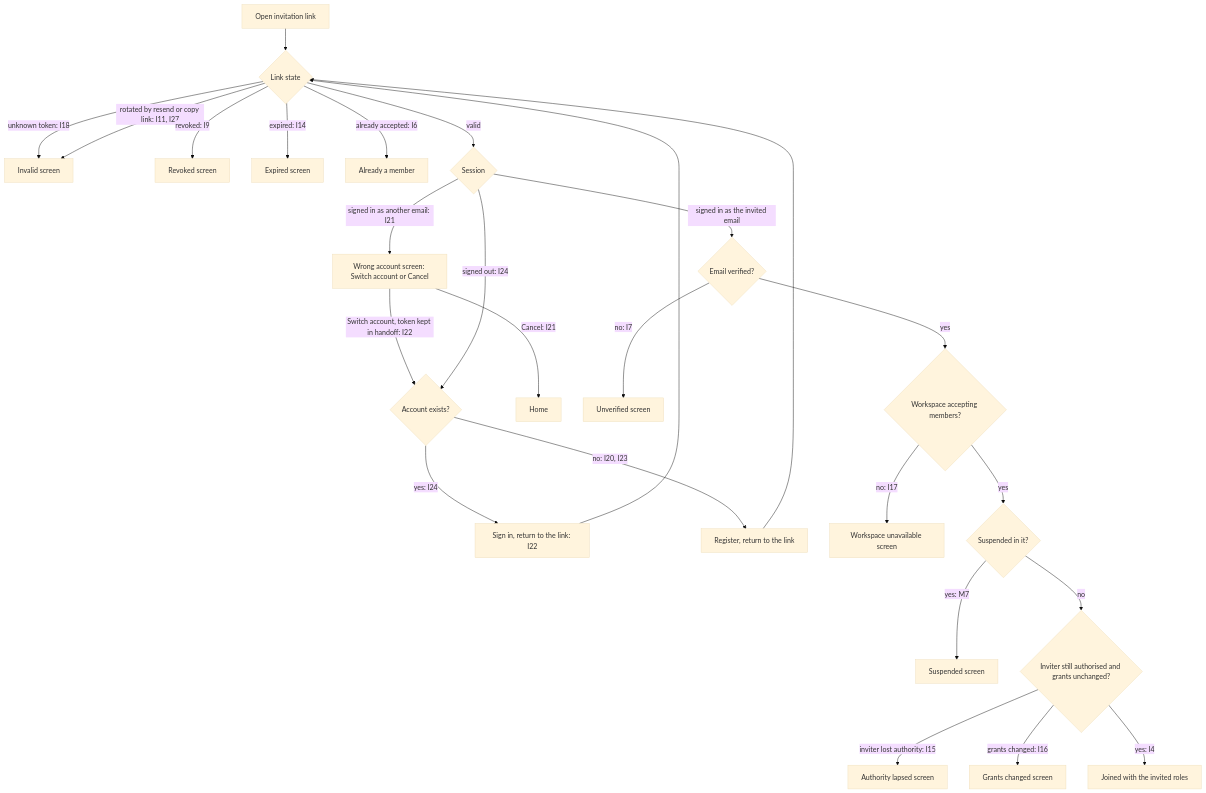
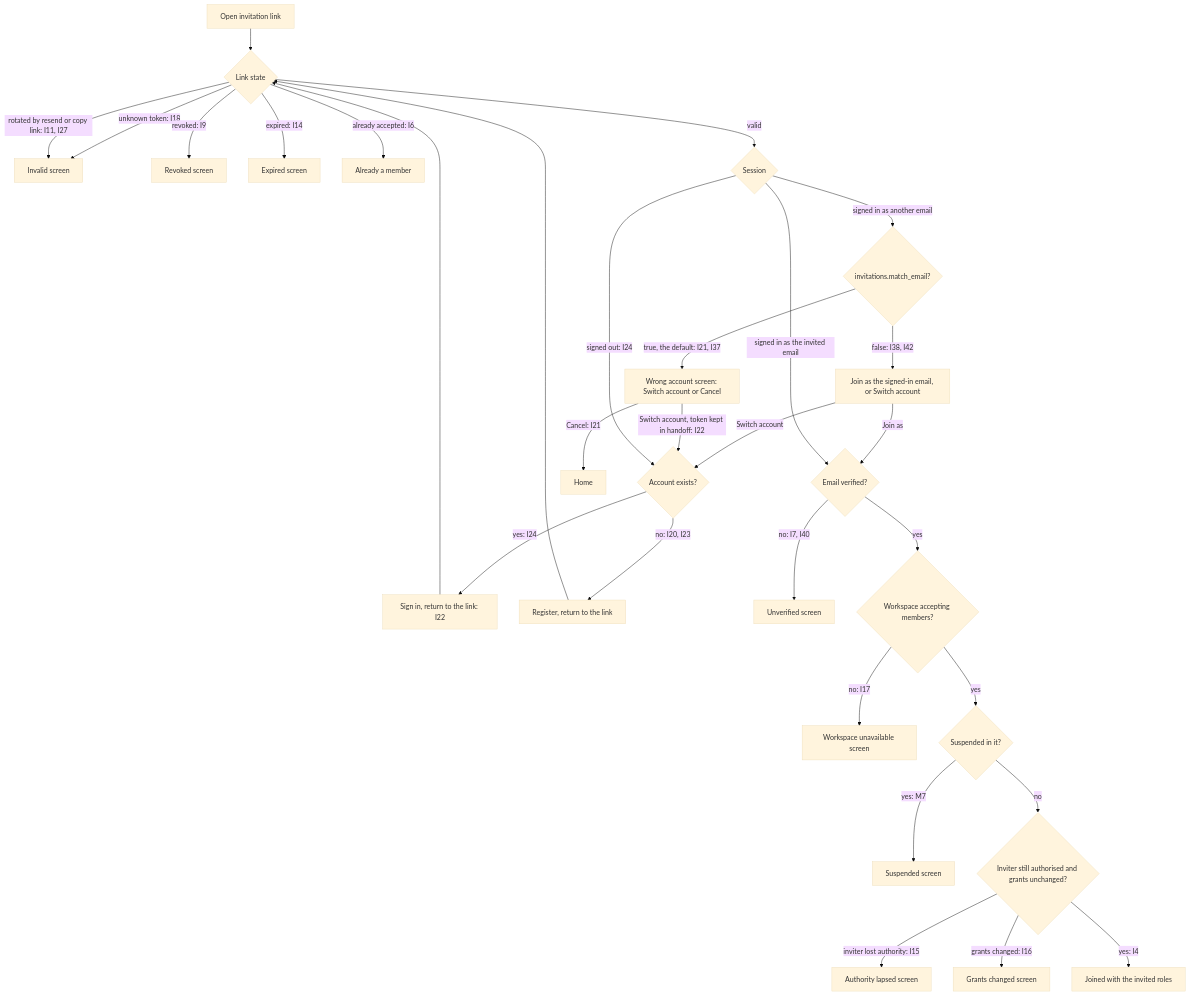
One commit to teylabs/concierge changed the first of 3 diagrams in docs/scenarios.md. Above: the diagram before and after it, drawn with Mermaid (base theme). The commit also changed other lines of this file and 21 other files, not shown here.

Commit message:
Let a signed-in account join as itself when match_email is off

````diff
--- a/docs/scenarios.md
+++ b/docs/scenarios.md
@@ -83,28 +90,32 @@
 ```mermaid
 flowchart TD
     link["Open invitation link"] --> state{"Link state"}
     state -- "unknown token: I18" --> invalid["Invalid screen"]
     state -- "rotated by resend or copy link: I11, I27" --> invalid
     state -- "revoked: I9" --> revoked["Revoked screen"]
     state -- "expired: I14" --> expired["Expired screen"]
     state -- "already accepted: I6" --> done["Already a member"]
     state -- "valid" --> session{"Session"}
-    session -- "signed in as another email: I21" --> wrong["Wrong account screen: Switch account or Cancel"]
+    session -- "signed in as another email" --> match{"invitations.match_email?"}
+    match -- "true, the default: I21, I37" --> wrong["Wrong account screen: Switch account or Cancel"]
+    match -- "false: I38, I42" --> joinas["Join as the signed-in email, or Switch account"]
+    joinas -- "Join as" --> verified
+    joinas -- "Switch account" --> exists
     wrong -- "Switch account, token kept in handoff: I22" --> exists
     wrong -- "Cancel: I21" --> home["Home"]
     session -- "signed out: I24" --> exists{"Account exists?"}
     exists -- "yes: I24" --> signin["Sign in, return to the link: I22"]
     exists -- "no: I20, I23" --> register["Register, return to the link"]
     signin --> state
     register --> state
     session -- "signed in as the invited email" --> verified{"Email verified?"}
-    verified -- "no: I7" --> unverified["Unverified screen"]
+    verified -- "no: I7, I40" --> unverified["Unverified screen"]
     verified -- "yes" --> workspace{"Workspace accepting members?"}
     workspace -- "no: I17" --> unavailable["Workspace unavailable screen"]
     workspace -- "yes" --> member{"Suspended in it?"}
     member -- "yes: M7" --> suspended["Suspended screen"]
     member -- "no" --> inviter{"Inviter still authorised and grants unchanged?"}
     inviter -- "inviter lost authority: I15" --> lapsed["Authority lapsed screen"]
     inviter -- "grants changed: I16" --> changed["Grants changed screen"]
     inviter -- "yes: I4" --> accepted["Joined with the invited roles"]
 ```
````
